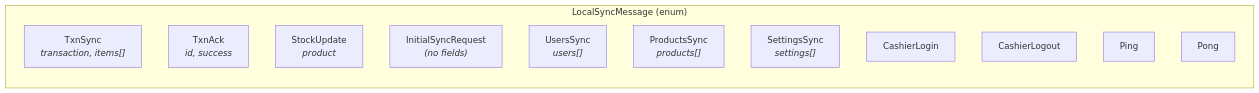
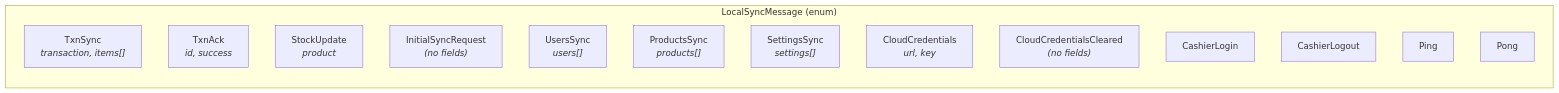
One commit to BootlegYouki/at-iba-pa-pos changed the second of 9 diagrams in docs/04-networking.md. Above: the diagram before and after it, drawn with Mermaid. The commit also changed other lines of this file and 32 other files, not shown here.

Commit message:
feat: Introduce comprehensive documentation covering database schema, cloud sync, security, and user guide, complemented by new UI screenshots.

````diff
--- a/docs/04-networking.md
+++ b/docs/04-networking.md
@@ -76,16 +76,18 @@
 ```mermaid
 graph LR
     subgraph LocalSyncMessage["LocalSyncMessage (enum)"]
         TxnSync["TxnSync<br/><i>transaction, items[]</i>"]
         TxnAck["TxnAck<br/><i>id, success</i>"]
         StockUpdate["StockUpdate<br/><i>product</i>"]
         InitialSyncRequest["InitialSyncRequest<br/><i>(no fields)</i>"]
         UsersSync["UsersSync<br/><i>users[]</i>"]
         ProductsSync["ProductsSync<br/><i>products[]</i>"]
         SettingsSync["SettingsSync<br/><i>settings[]</i>"]
+        CloudCredentials["CloudCredentials<br/><i>url, key</i>"]
+        CloudCredentialsCleared["CloudCredentialsCleared<br/><i>(no fields)</i>"]
         CashierLogin["CashierLogin"]
         CashierLogout["CashierLogout"]
         Ping["Ping"]
         Pong["Pong"]
     end
 ```
````
